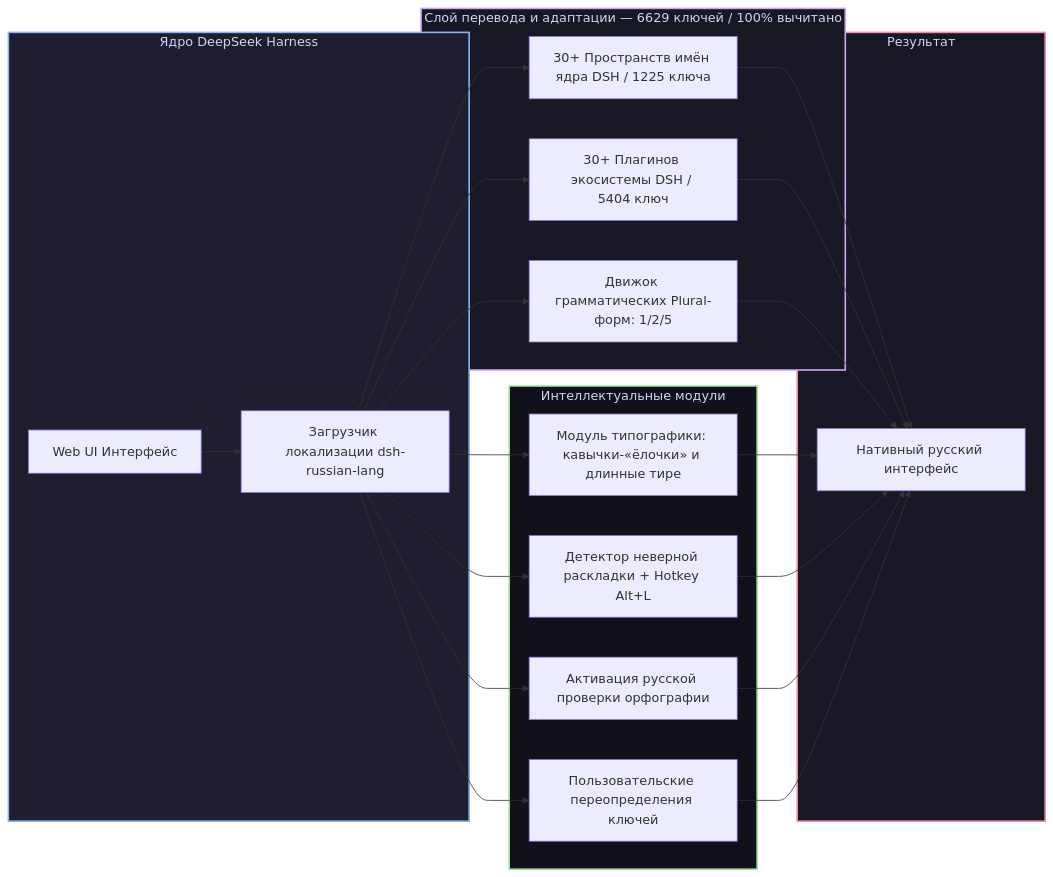
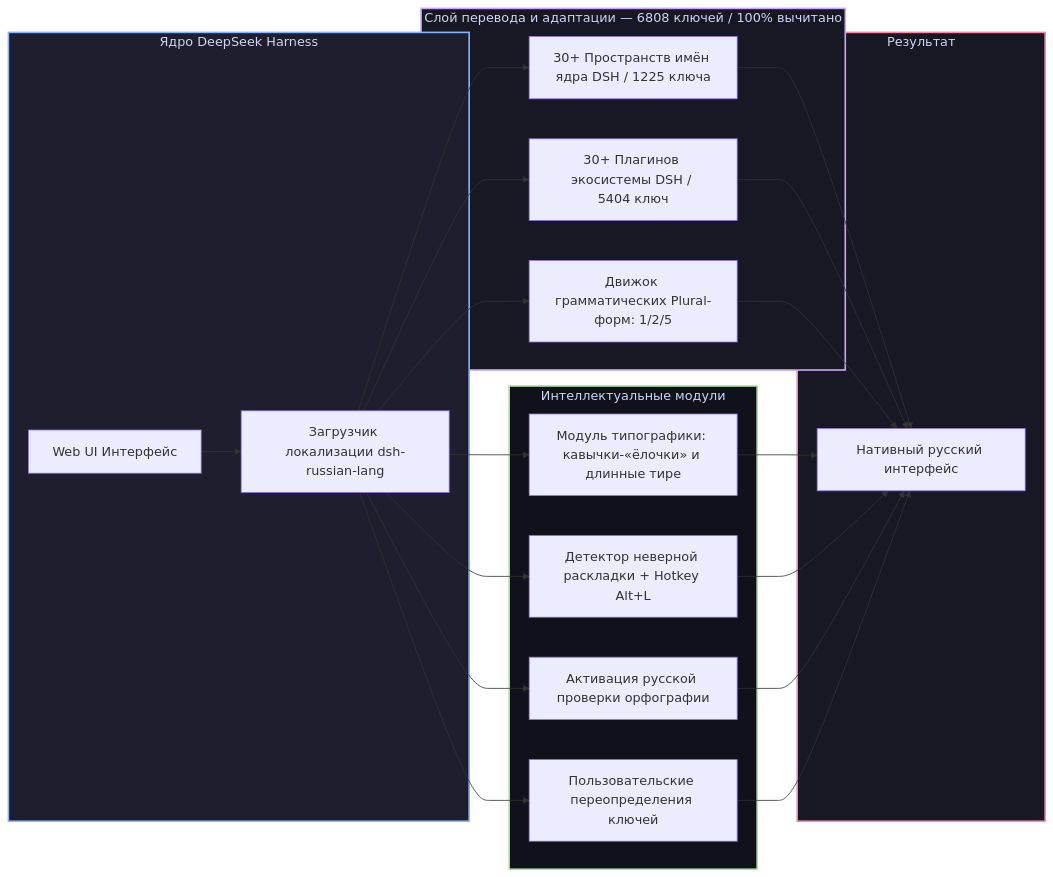
The diagram in README.md (GooDAnDReaDY/dsh-russian-lang), drawn with Mermaid before and after one commit. The commit also changed other lines of this file and 11 other files, not shown here.

````diff
--- a/README.md
+++ b/README.md
@@ -49,34 +49,34 @@
 ```mermaid
 graph LR
     subgraph DSHCore [Ядро DeepSeek Harness]
         DSH[Web UI Интерфейс] --> Loader[Загрузчик локализации dsh-russian-lang]
     end
 
-    subgraph TranslationLayer [Слой перевода и адаптации — 6629 ключей / 100% вычитано]
+    subgraph TranslationLayer [Слой перевода и адаптации — 6808 ключей / 100% вычитано]
         Loader --> CoreDict[30+ Пространств имён ядра DSH / 1225 ключа]
         Loader --> PluginDict[30+ Плагинов экосистемы DSH / 5404 ключ]
         Loader --> PluralEngine[Движок грамматических Plural-форм: 1/2/5]
     end
 
     subgraph SmartFeatures [Интеллектуальные модули]
         Loader --> Typo[Модуль типографики: кавычки-«ёлочки» и длинные тире]
         Loader --> LayoutFix[Детектор неверной раскладки + Hotkey Alt+L]
         Loader --> Spell[Активация русской проверки орфографии]
         Loader --> Overrides[Пользовательские переопределения ключей]
     end
 
     subgraph Result [Результат]
         CoreDict --> NativeUI[Нативный русский интерфейс]
         PluginDict --> NativeUI
         PluralEngine --> NativeUI
         Typo --> NativeUI
         LayoutFix --> NativeUI
         Spell --> NativeUI
         Overrides --> NativeUI
     end
 
     style DSHCore fill:#1e1e2e,stroke:#89b4fa,stroke-width:2px,color:#cdd6f4
     style TranslationLayer fill:#181825,stroke:#cba6f7,stroke-width:2px,color:#cdd6f4
     style SmartFeatures fill:#11111b,stroke:#a6e3a1,stroke-width:2px,color:#cdd6f4
     style Result fill:#181825,stroke:#f38ba8,stroke-width:2px,color:#cdd6f4
 ```
````
